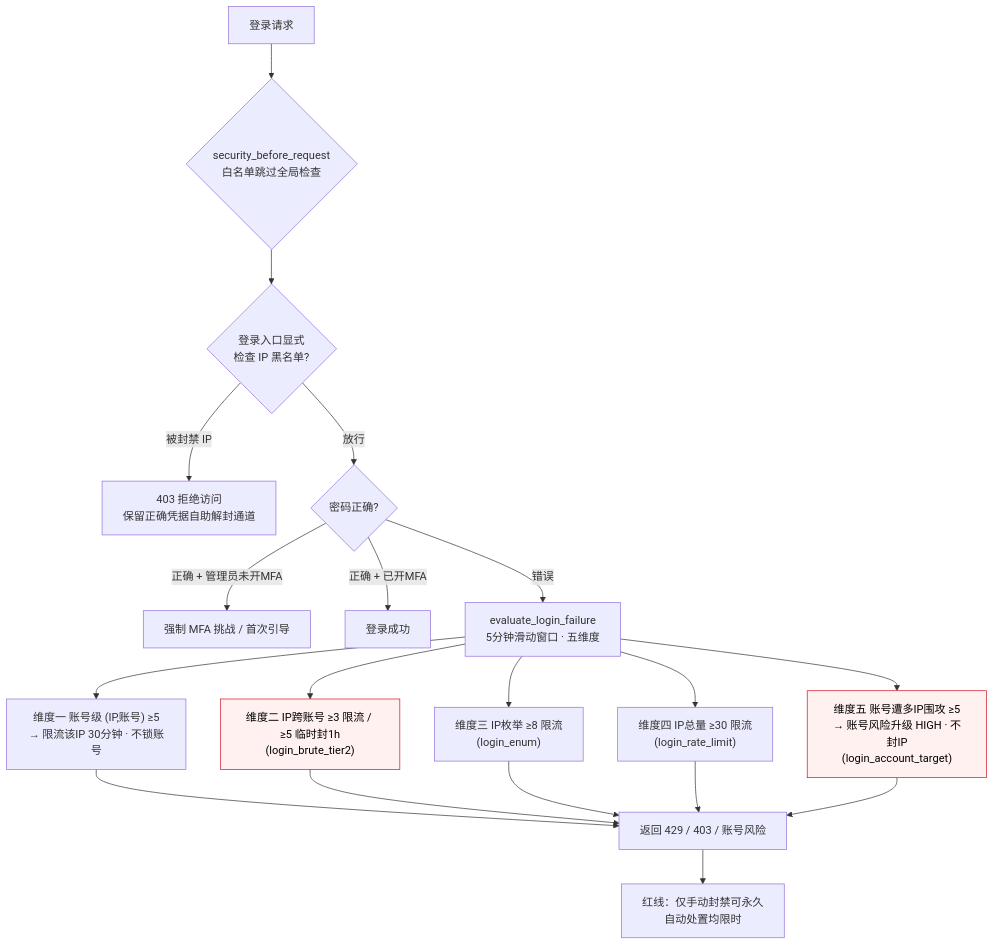
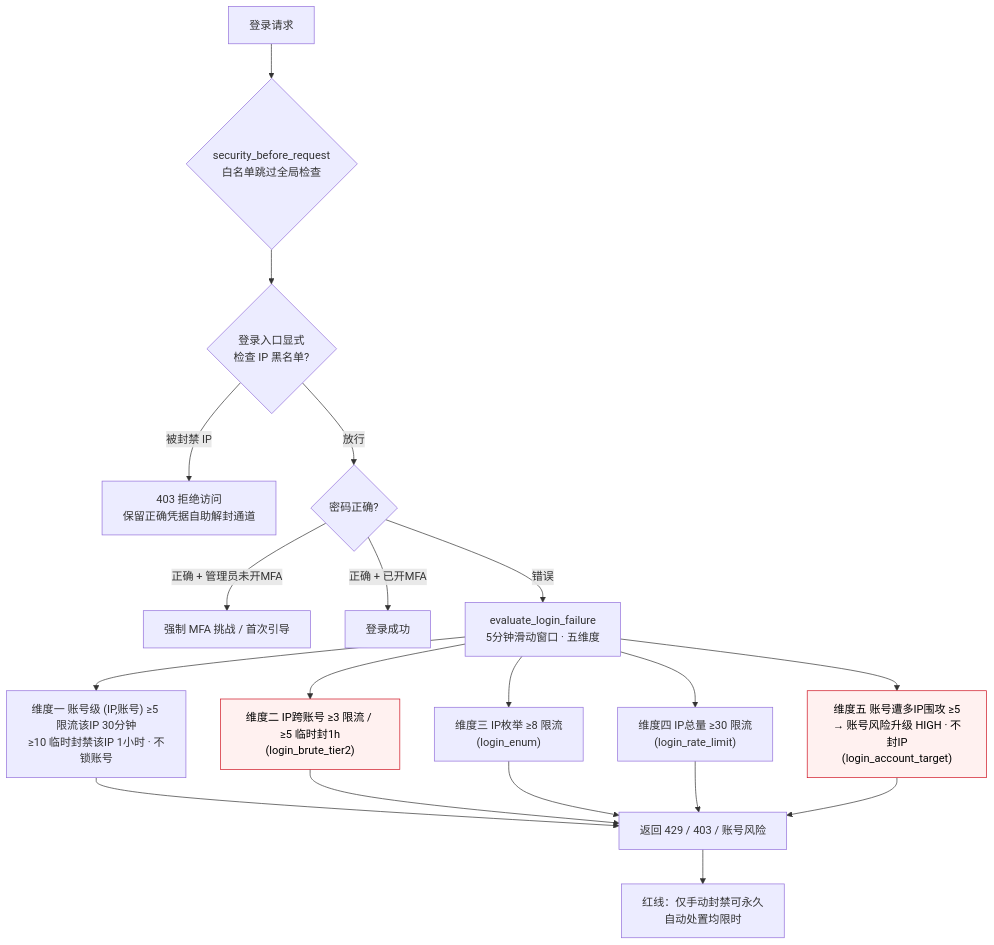
One commit to CherryPainter/campus-info-system changed the eighth of 9 diagrams in Push_System_Flask/README.md. Above: the diagram before and after it, drawn with Mermaid. The commit also changed other lines of this file and 1 other file, not shown here.

````diff
--- a/Push_System_Flask/README.md
+++ b/Push_System_Flask/README.md
@@ -1435,22 +1459,22 @@
 ```mermaid
 flowchart TD
     REQ[登录请求] --> WHITE{security_before_request<br/>白名单跳过全局检查}
     WHITE --> IPCHK{登录入口显式<br/>检查 IP 黑名单?}
     IPCHK -->|被封禁 IP| DENY[403 拒绝访问<br/>保留正确凭据自助解封通道]
     IPCHK -->|放行| PWD{密码正确?}
     PWD -->|正确 + 管理员未开MFA| MFA[强制 MFA 挑战 / 首次引导]
     PWD -->|正确 + 已开MFA| OK[登录成功]
     PWD -->|错误| EVAL["evaluate_login_failure<br/>5分钟滑动窗口 · 五维度"]
 
-    EVAL --> D1["维度一 账号级 (IP,账号) ≥5<br/>→ 限流该IP 30分钟 · 不锁账号"]
+    EVAL --> D1["维度一 账号级 (IP,账号) ≥5 限流该IP 30分钟<br/>≥10 临时封禁该IP 1小时 · 不锁账号"]
     EVAL --> D2["维度二 IP跨账号 ≥3 限流 / ≥5 临时封1h<br/>(login_brute_tier2)"]
     EVAL --> D3["维度三 IP枚举 ≥8 限流<br/>(login_enum)"]
     EVAL --> D4["维度四 IP总量 ≥30 限流<br/>(login_rate_limit)"]
     EVAL --> D5["维度五 账号遭多IP围攻 ≥5<br/>→ 账号风险升级 HIGH · 不封IP<br/>(login_account_target)"]
 
     D1 & D2 & D3 & D4 & D5 --> OUT[返回 429 / 403 / 账号风险]
     OUT --> RED[红线：仅手动封禁可永久<br/>自动处置均限时]
 
     classDef crit fill:#fff1f0,stroke:#cf1322,color:#000;
     class D2,D5 crit;
 ```
````
